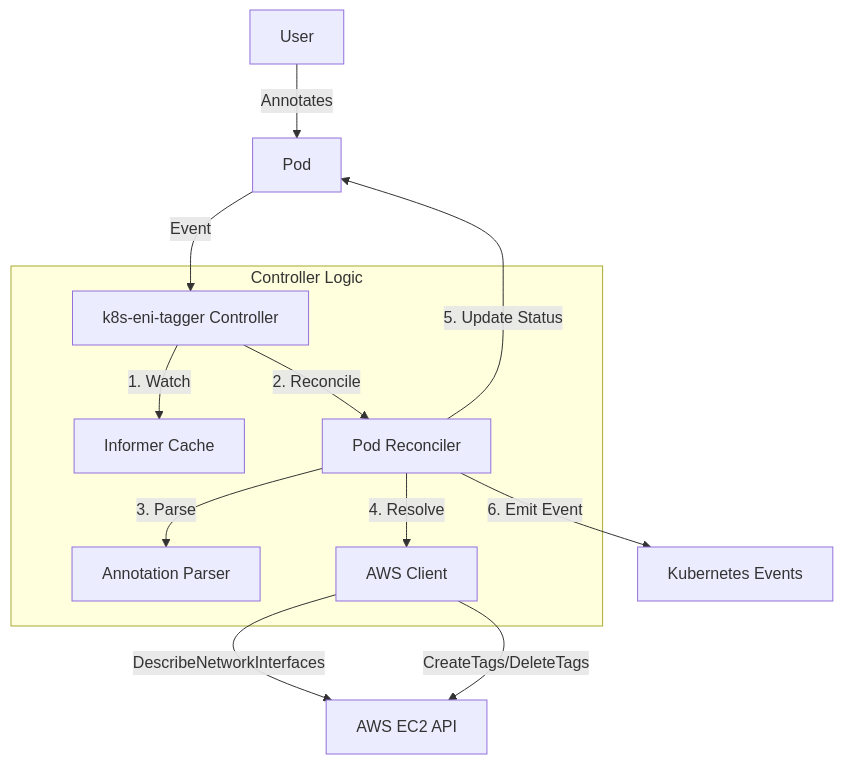
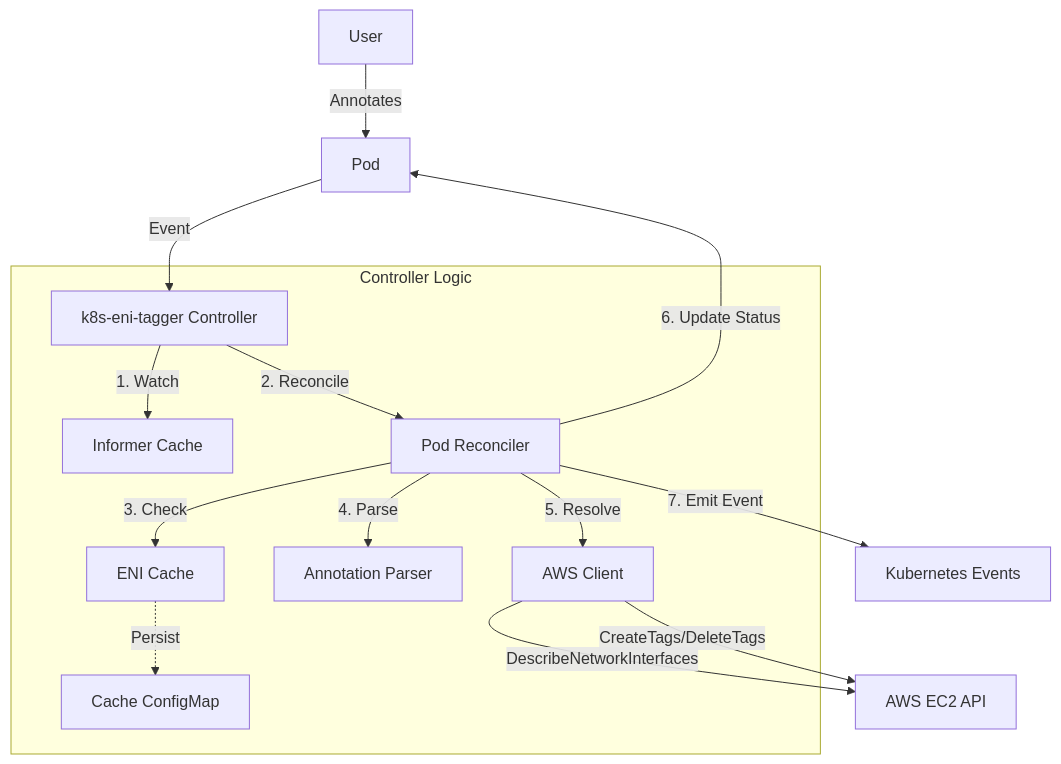
The diagram in ARCHITECTURE.md (prabhu-mannu/k8s-eni-tagger), drawn with Mermaid before and after one commit. The commit also changed other lines of this file and 6 other files, not shown here.

Commit message:
chore: update helm charts, dockerfile and docs to match recent code changes

````diff
--- a/ARCHITECTURE.md
+++ b/ARCHITECTURE.md
@@ -7,18 +7,20 @@
 ```mermaid
 graph TD
     User[User] -->|Annotates| Pod[Pod]
     Pod -->|Event| Controller[k8s-eni-tagger Controller]
 
     subgraph Controller Logic
         Controller -->|1. Watch| Cache[Informer Cache]
         Controller -->|2. Reconcile| Reconciler[Pod Reconciler]
-        Reconciler -->|3. Parse| Annotation[Annotation Parser]
-        Reconciler -->|4. Resolve| AWS[AWS Client]
+        Reconciler -->|3. Check| ENICache[ENI Cache]
+        Reconciler -->|4. Parse| Annotation[Annotation Parser]
+        Reconciler -->|5. Resolve| AWS[AWS Client]
+        ENICache -.->|Persist| ConfigMap[Cache ConfigMap]
     end
 
     AWS -->|DescribeNetworkInterfaces| EC2[AWS EC2 API]
     AWS -->|CreateTags/DeleteTags| EC2
 
-    Reconciler -->|5. Update Status| Pod
-    Reconciler -->|6. Emit Event| Events[Kubernetes Events]
+    Reconciler -->|6. Update Status| Pod
+    Reconciler -->|7. Emit Event| Events[Kubernetes Events]
 ```
````
